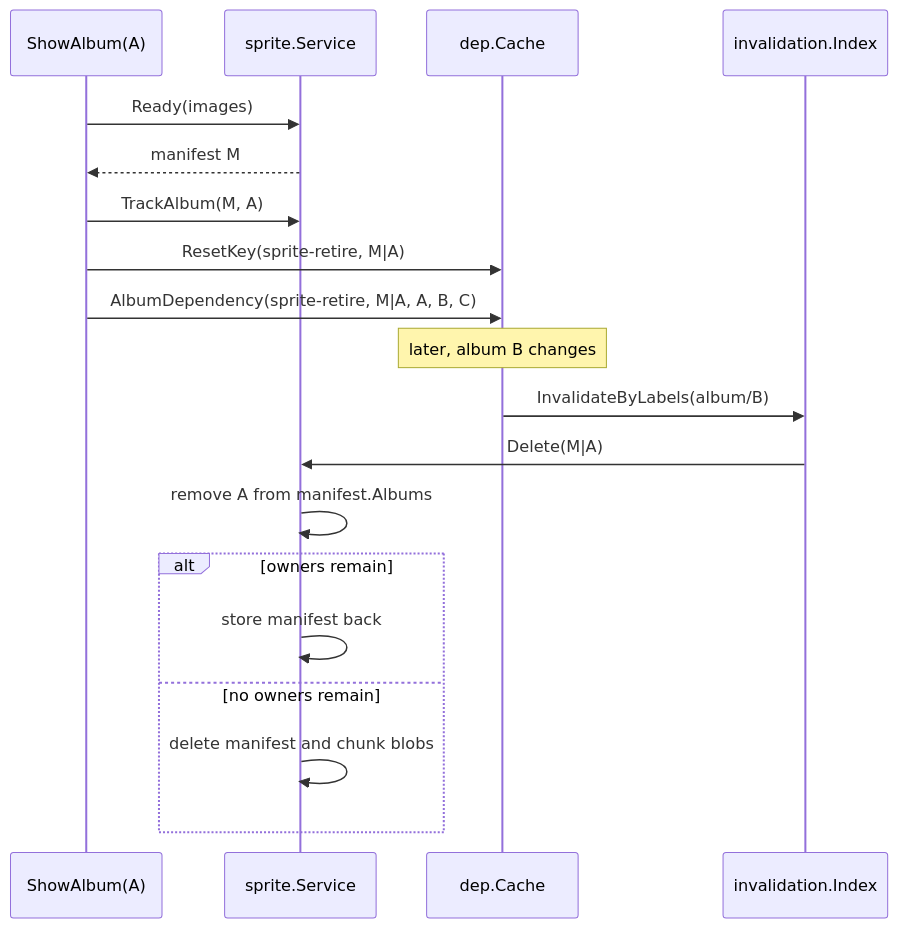
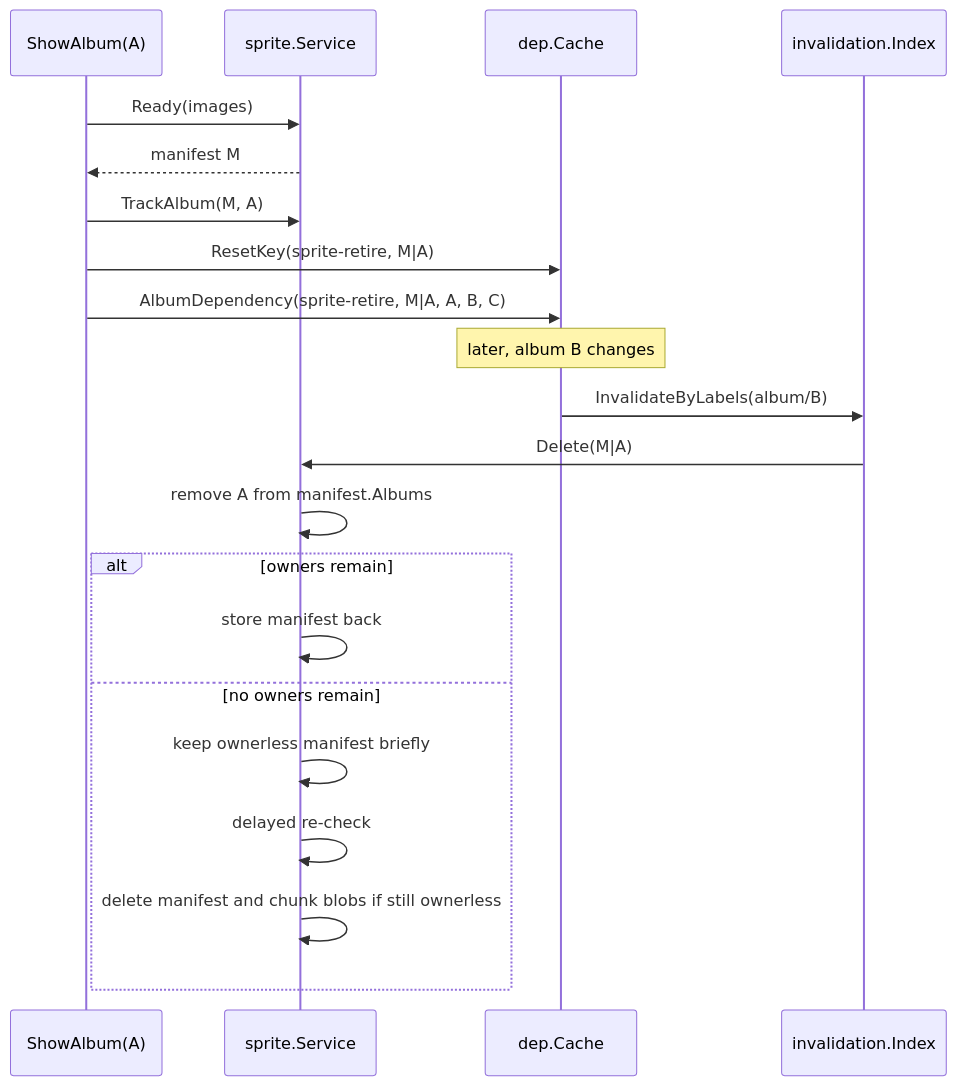
One commit to vearutop/photo-blog changed the fifth of 5 diagrams in internal/infra/dep/README.md. Above: the diagram before and after it, drawn with Mermaid. The commit also changed other lines of this file and 2 other files, not shown here.

Commit message:
Delay sprite retirement to avoid thrashing

````diff
--- a/internal/infra/dep/README.md
+++ b/internal/infra/dep/README.md
@@ -393,24 +395,26 @@
 ```mermaid
 sequenceDiagram
     participant Page as ShowAlbum(A)
     participant Sprite as sprite.Service
     participant Dep as dep.Cache
     participant Idx as invalidation.Index
 
     Page->>Sprite: Ready(images)
     Sprite-->>Page: manifest M
     Page->>Sprite: TrackAlbum(M, A)
     Page->>Dep: ResetKey(sprite-retire, M|A)
     Page->>Dep: AlbumDependency(sprite-retire, M|A, A, B, C)
 
     Note over Dep: later, album B changes
 
     Dep->>Idx: InvalidateByLabels(album/B)
     Idx->>Sprite: Delete(M|A)
     Sprite->>Sprite: remove A from manifest.Albums
     alt owners remain
         Sprite->>Sprite: store manifest back
     else no owners remain
-        Sprite->>Sprite: delete manifest and chunk blobs
+        Sprite->>Sprite: keep ownerless manifest briefly
+        Sprite->>Sprite: delayed re-check
+        Sprite->>Sprite: delete manifest and chunk blobs if still ownerless
     end
 ```
````
